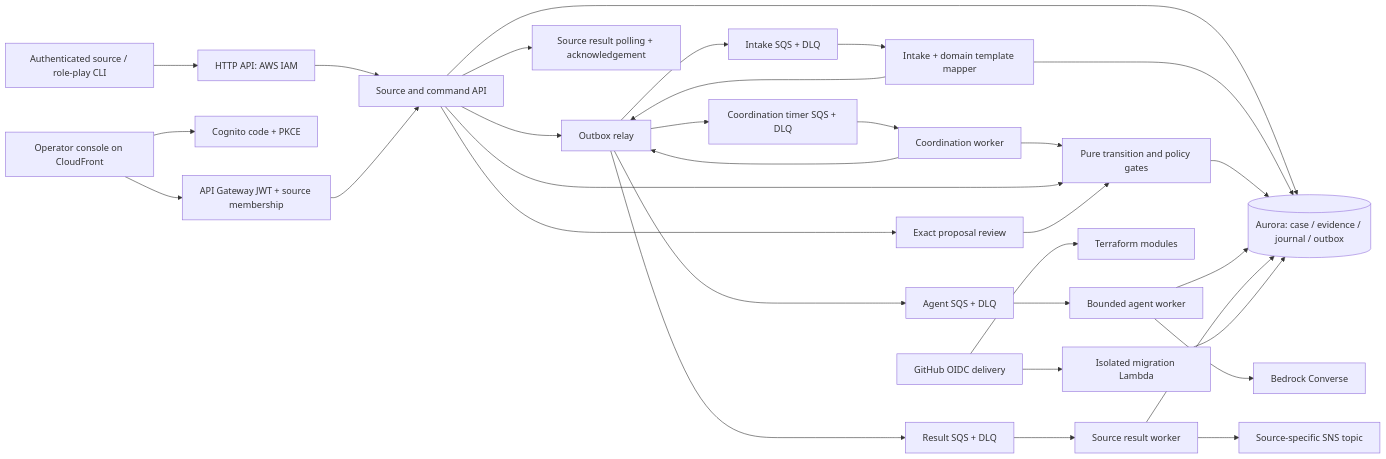
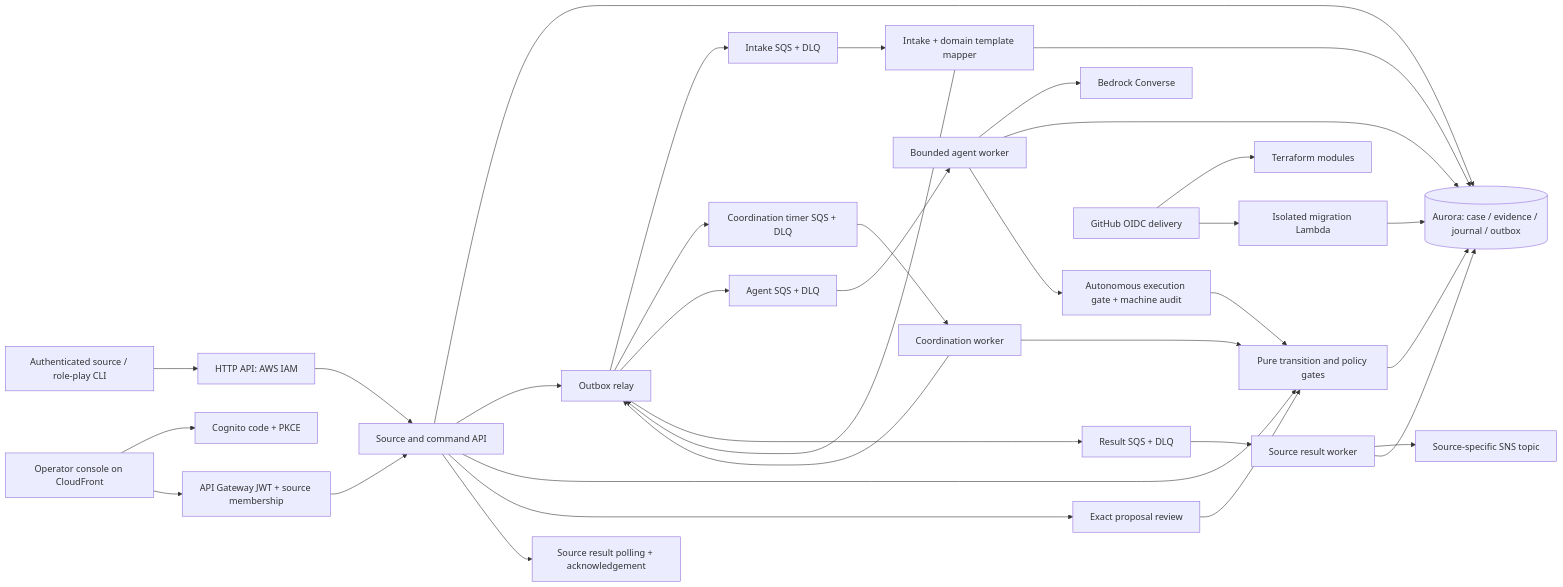
Before and after one commit to tanvir4hmed/ilien: the diagram in docs/ARCHITECTURE.md, drawn with Mermaid. The commit also changed other lines of this file and 23 other files, not shown here.

Commit message:
feat: start autonomous communication coordination with audited execution

````diff
--- a/docs/ARCHITECTURE.md
+++ b/docs/ARCHITECTURE.md
@@ -5,34 +5,36 @@
 ```mermaid
 flowchart LR
   CLI[Authenticated source / role-play CLI] --> GW[HTTP API: AWS IAM]
   GW --> API[Source and command API]
   API --> DB[(Aurora: case / evidence / journal / outbox)]
   API --> RELAY[Outbox relay]
   RELAY --> IQ[Intake SQS + DLQ]
   IQ --> IN[Intake + domain template mapper]
   IN --> DB
   IN --> RELAY
   RELAY --> TQ[Coordination timer SQS + DLQ]
   TQ --> CW[Coordination worker]
   CW --> CORE[Pure transition and policy gates]
   API --> CORE
   CORE --> DB
   CW --> RELAY
   RELAY --> AQ[Agent SQS + DLQ]
   AQ --> AG[Bounded agent worker]
   AG --> BR[Bedrock Converse]
   AG --> DB
+  AG --> EXEC[Autonomous execution gate + machine audit]
+  EXEC --> CORE
   API --> REVIEW[Exact proposal review]
   REVIEW --> CORE
   BROWSER[Operator console on CloudFront] --> AUTH[Cognito code + PKCE]
   BROWSER --> JWT[API Gateway JWT + source membership]
   JWT --> API
   API --> RESULT[Source result polling + acknowledgement]
   RELAY --> RQ[Result SQS + DLQ]
   RQ --> RW[Source result worker]
   RW --> SNS[Source-specific SNS topic]
   RW --> DB
   CI[GitHub OIDC delivery] --> TF[Terraform modules]
   CI --> MIG[Isolated migration Lambda]
   MIG --> DB
 ```
````
